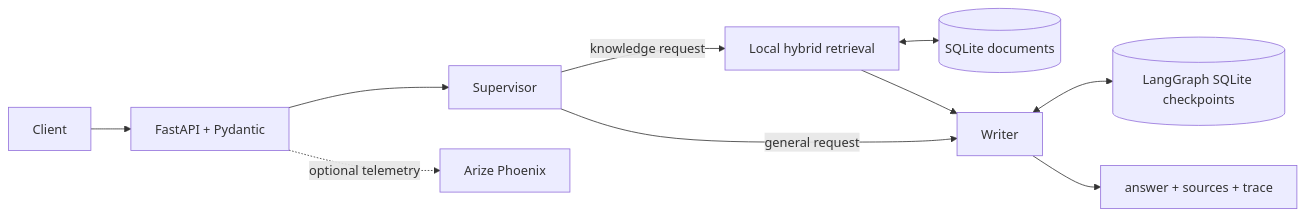
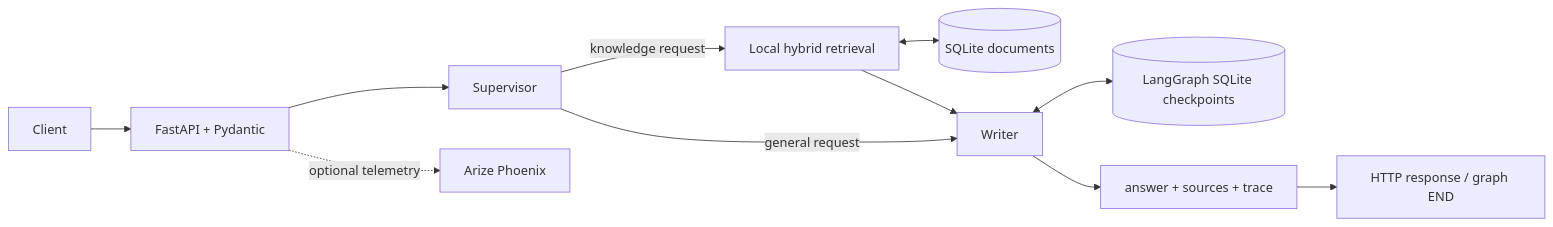
The diagram in docs/ARCHITECTURE.md (Hernan-dh/intelligence-system), drawn with Mermaid before and after one commit. The commit also changed other lines of this file and 10 other files, not shown here.

First line of the commit message:
refactor(graph): improve deterministic routing and add telemetry checks

````diff
--- a/docs/ARCHITECTURE.md
+++ b/docs/ARCHITECTURE.md
@@ -9,12 +9,13 @@
 ```mermaid
 flowchart LR
     Client --> API[FastAPI + Pydantic]
     API --> Supervisor
     Supervisor -->|knowledge request| Retrieval[Local hybrid retrieval]
     Retrieval <--> Documents[(SQLite documents)]
     Supervisor -->|general request| Writer
     Retrieval --> Writer
     Writer <--> Memory[(LangGraph SQLite checkpoints)]
     Writer --> Response[answer + sources + trace]
+    Response --> END[HTTP response / graph END]
     API -. optional telemetry .-> Phoenix[Arize Phoenix]
 ```
````
